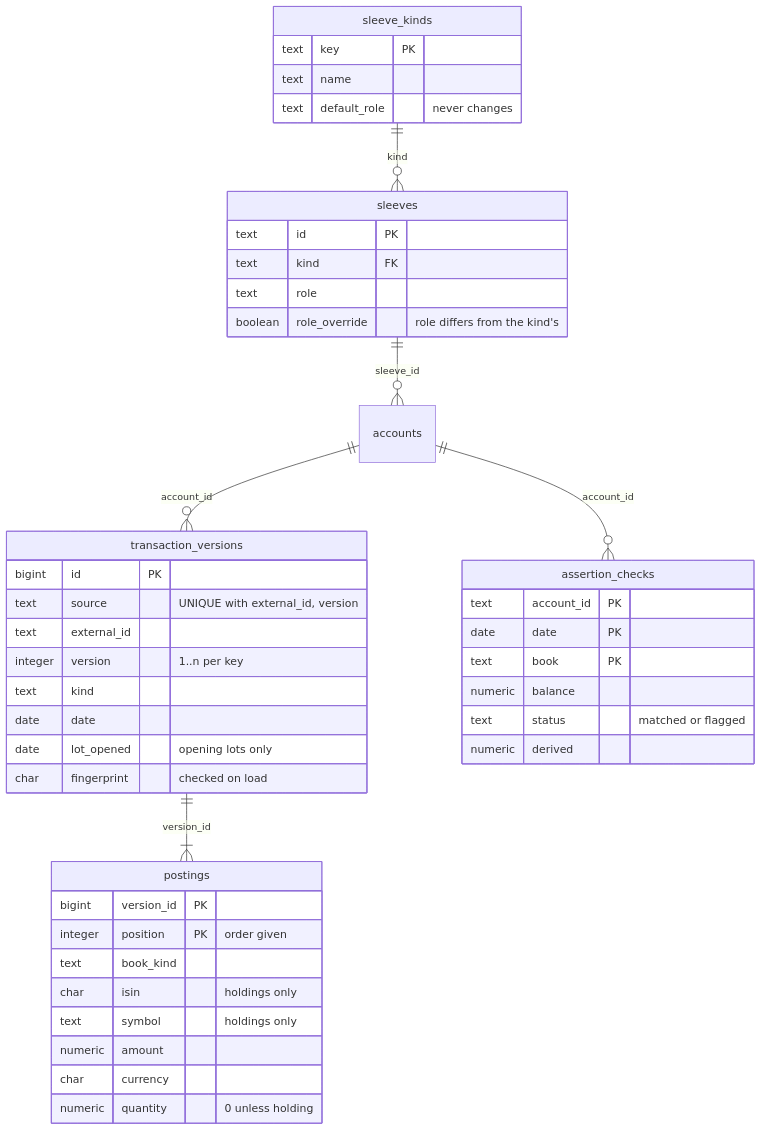
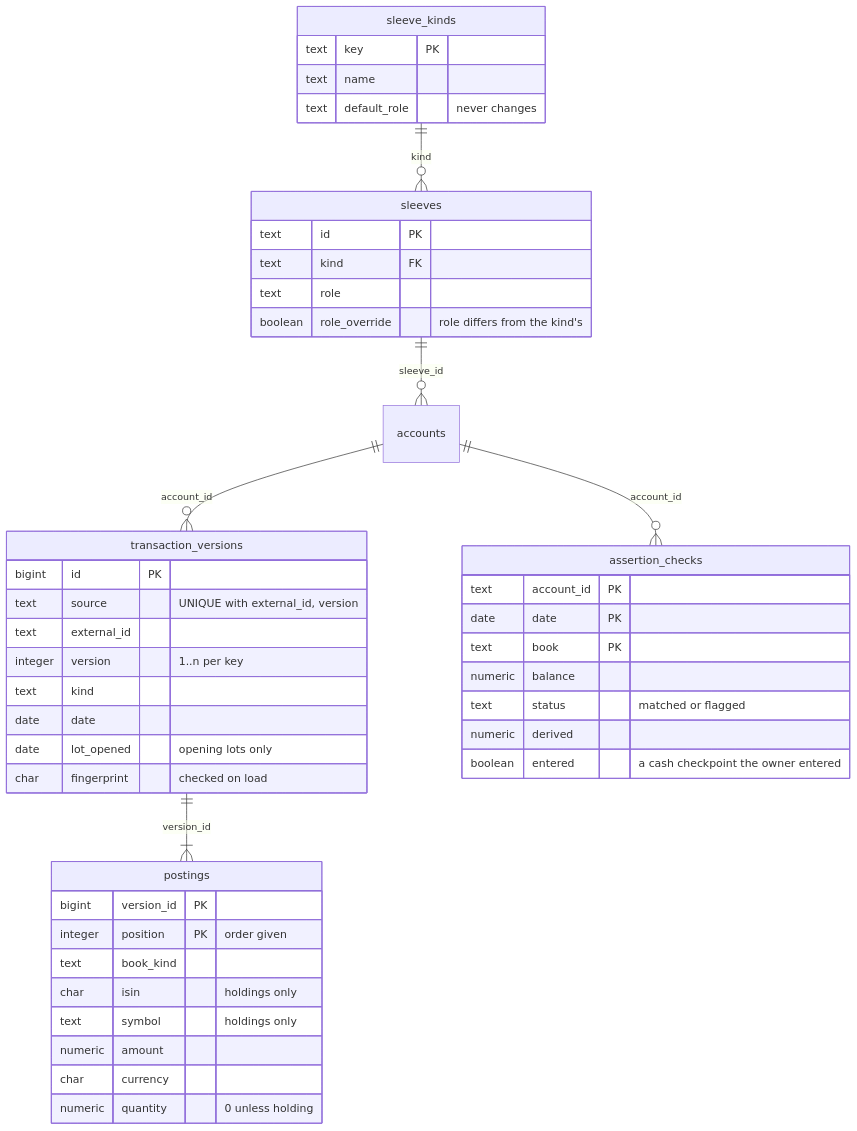
Before and after one commit to arkadiuss/openfief: the fourth of 4 diagrams in docs/concepts/ledger.md, drawn with Mermaid. The commit also changed other lines of this file and 166 other files, not shown here.

````diff
--- a/docs/concepts/ledger.md
+++ b/docs/concepts/ledger.md
@@ -192,47 +195,48 @@
 ```mermaid
 erDiagram
   sleeve_kinds ||--o{ sleeves : "kind"
   sleeves ||--o{ accounts : "sleeve_id"
   accounts ||--o{ transaction_versions : "account_id"
   transaction_versions ||--|{ postings : "version_id"
   accounts ||--o{ assertion_checks : "account_id"
   sleeve_kinds {
     text key PK
     text name
     text default_role "never changes"
   }
   sleeves {
     text id PK
     text kind FK
     text role
     boolean role_override "role differs from the kind's"
   }
   transaction_versions {
     bigint id PK
     text source "UNIQUE with external_id, version"
     text external_id
     integer version "1..n per key"
     text kind
     date date
     date lot_opened "opening lots only"
     char fingerprint "checked on load"
   }
   postings {
     bigint version_id PK
     integer position PK "order given"
     text book_kind
     char isin "holdings only"
     text symbol "holdings only"
     numeric amount
     char currency
     numeric quantity "0 unless holding"
   }
   assertion_checks {
     text account_id PK
     date date PK
     text book PK
     numeric balance
     text status "matched or flagged"
     numeric derived
+    boolean entered "a cash checkpoint the owner entered"
   }
 ```
````
